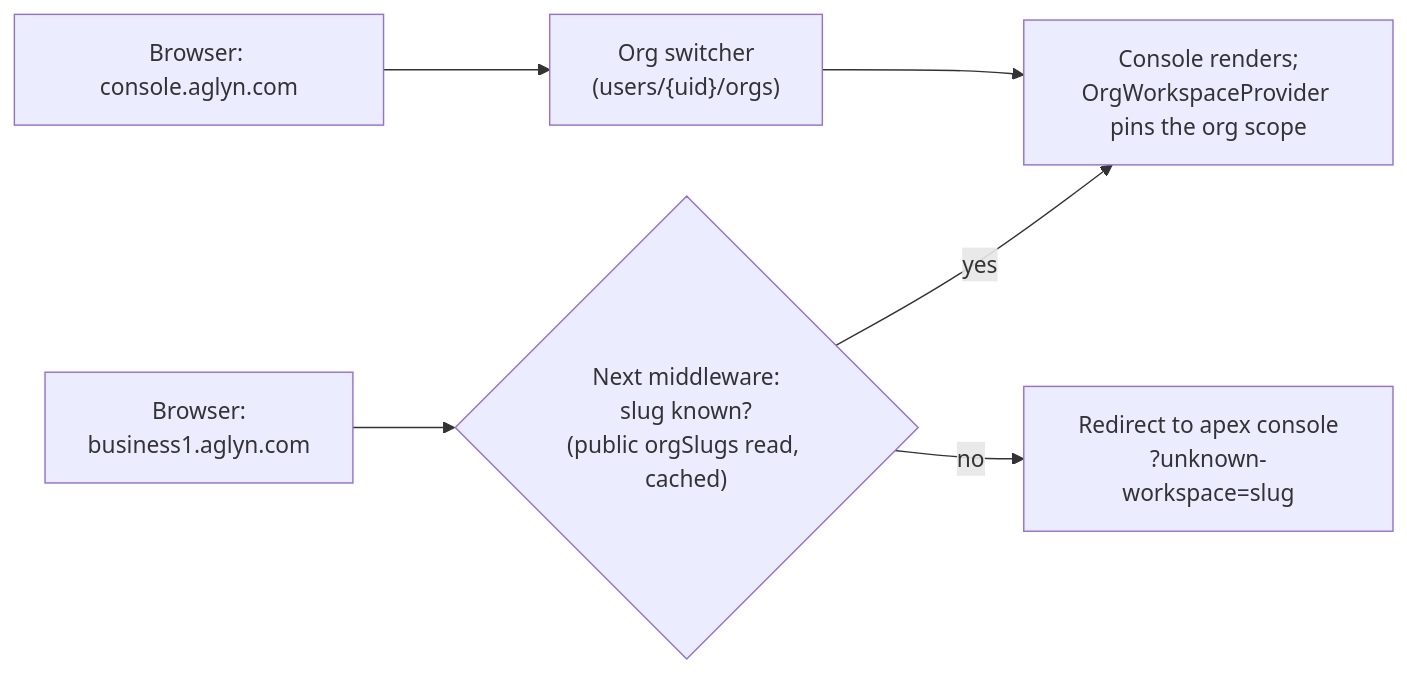
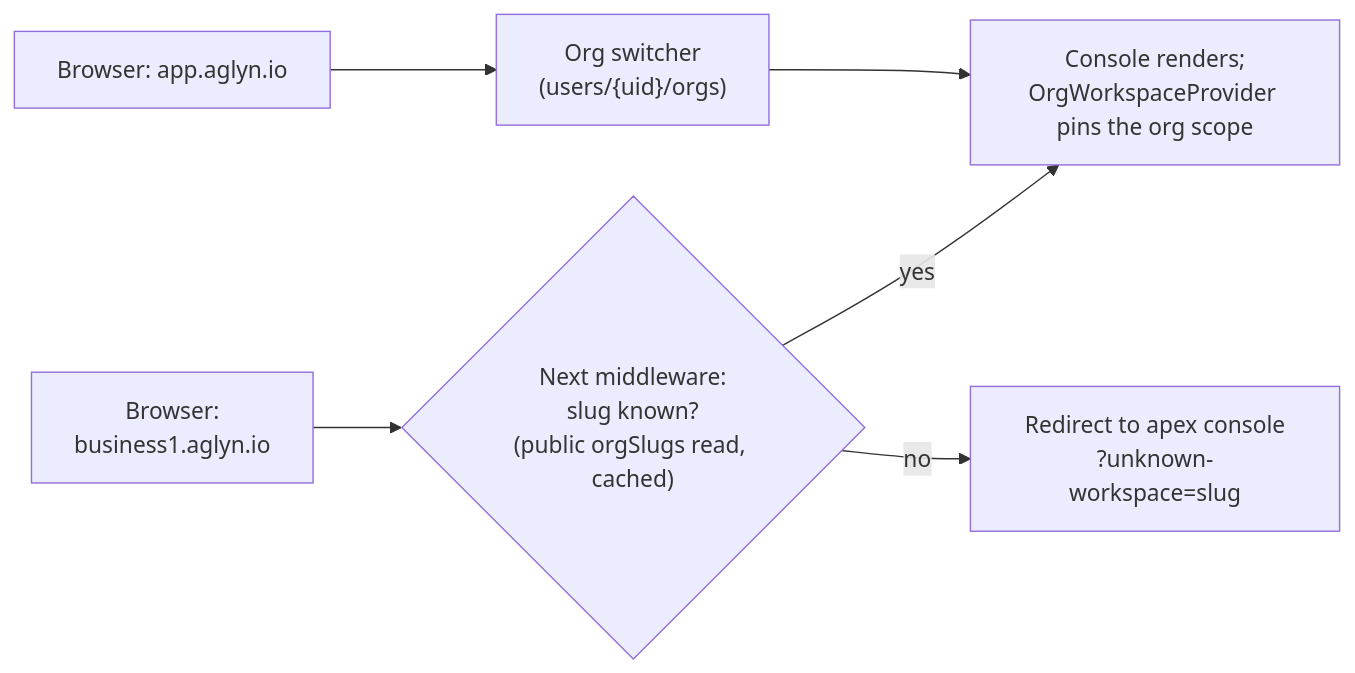
One commit to zgover/core changed the fourth of 5 diagrams in apps/docs/docs/staff-console/architecture-multi-tenancy.md. Above: the diagram before and after it, drawn with Mermaid. The commit also changed 6 other files, not shown here.

First line of the commit message:
fix(console): workspace domain is aglyn.io with app.aglyn.io as the apex (AGL-236)

````diff
--- a/apps/docs/docs/staff-console/architecture-multi-tenancy.md
+++ b/apps/docs/docs/staff-console/architecture-multi-tenancy.md
@@ -124,8 +124,8 @@
 ```mermaid
 flowchart LR
-  B["Browser:<br/>business1.aglyn.com"] --> MW{"Next middleware:<br/>slug known?<br/>(public orgSlugs read, cached)"}
+  B["Browser:<br/>business1.aglyn.io"] --> MW{"Next middleware:<br/>slug known?<br/>(public orgSlugs read, cached)"}
   MW -- "yes" --> CON["Console renders;<br/>OrgWorkspaceProvider pins the org scope"]
   MW -- "no" --> APEX["Redirect to apex console<br/>?unknown-workspace=slug"]
-  A2["Browser: console.aglyn.com"] --> SW["Org switcher<br/>(users/#lcub;uid#rcub;/orgs)"]
+  A2["Browser: app.aglyn.io"] --> SW["Org switcher<br/>(users/#lcub;uid#rcub;/orgs)"]
   SW --> CON
 ```
````
